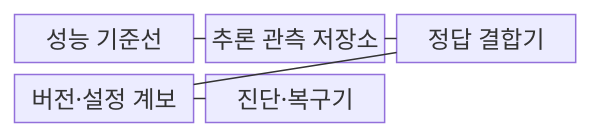
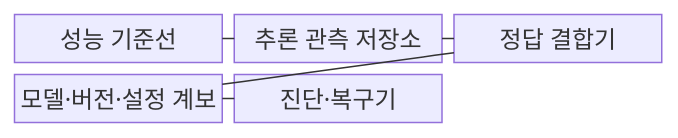
The first of 2 diagrams in src/content/docs/notes/08-latest-tech/136_model_drift.md (agnusdei1207/knowledge-base), drawn with Mermaid before and after one commit. The commit also changed other lines of this file and 9 other files, not shown here.

````diff
--- a/src/content/docs/notes/08-latest-tech/136_model_drift.md
+++ b/src/content/docs/notes/08-latest-tech/136_model_drift.md
@@ -64,13 +64,13 @@
 ```mermaid
 block-beta
     columns 3
     B["성능 기준선"]
     L["추론 관측 저장소"]
     G["정답 결합기"]
-    V["버전·설정 계보"]
+    V["모델·버전·설정 계보"]
     R["진단·복구기"]
     B --- L
     L --- G
     G --- V
     V --- R
 ```
````
